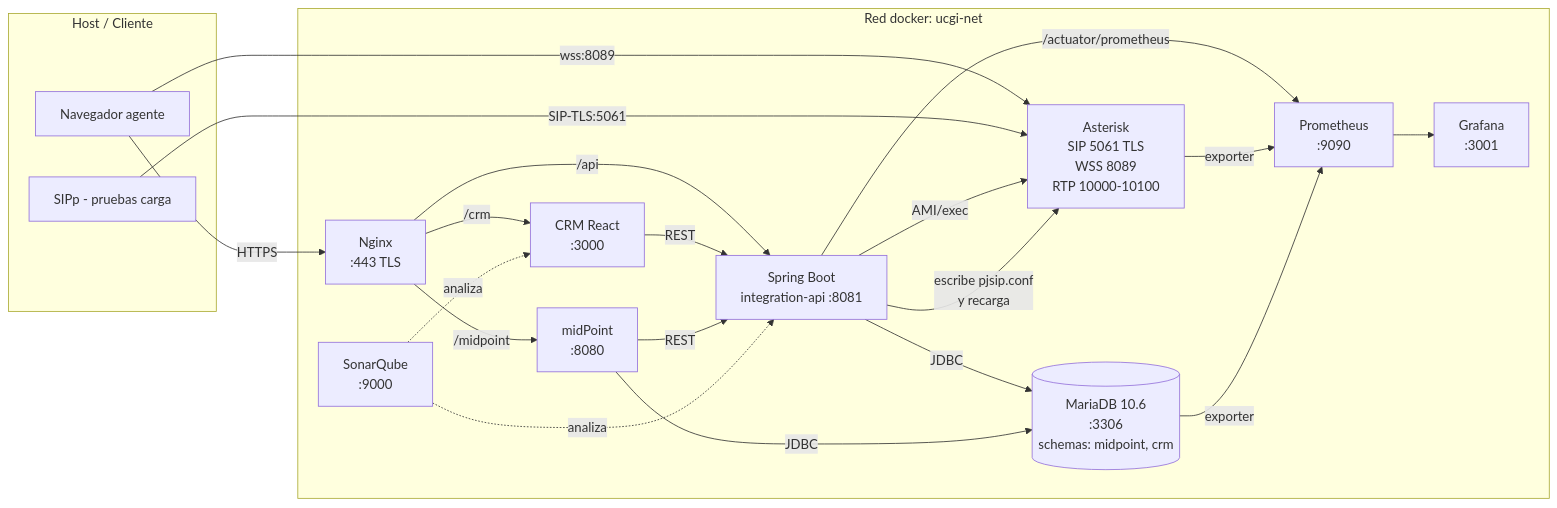
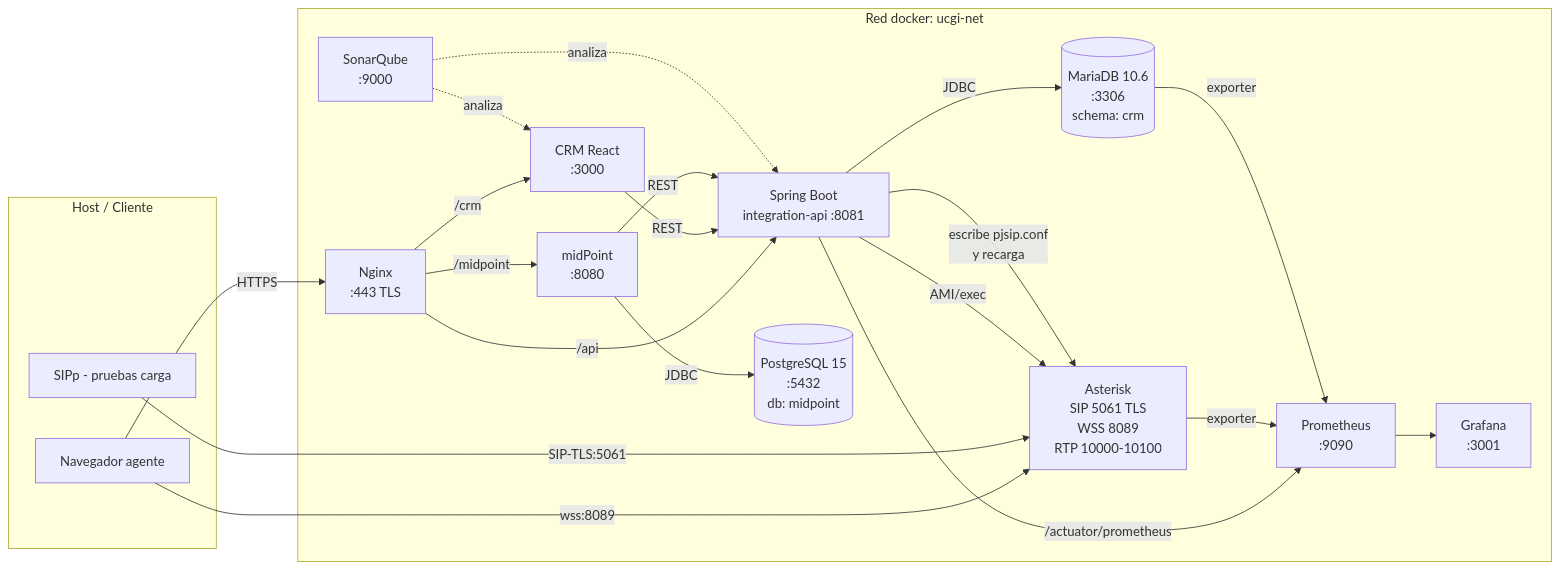
One commit to LOAD-13/Integracion-Infra-UCGI changed the diagram in docs/PLAN.md. Above: the diagram before and after it, drawn with Mermaid. The commit also changed other lines of this file and 4 other files, not shown here.

First line of the commit message:
feat(midpoint): pivote a PostgreSQL dedicado para midPoint (MariaDB drop en imagen oficial) [IUDCYGI-15]

````diff
--- a/docs/PLAN.md
+++ b/docs/PLAN.md
@@ -70,40 +70,41 @@
 ```mermaid
 flowchart LR
     subgraph host[Host / Cliente]
         nav[Navegador agente]
         sipp[SIPp - pruebas carga]
     end
 
     subgraph net[Red docker: ucgi-net]
         nginx[Nginx<br/>:443 TLS]
         crm[CRM React<br/>:3000]
         api[Spring Boot<br/>integration-api :8081]
         mid[midPoint<br/>:8080]
         ast[Asterisk<br/>SIP 5061 TLS<br/>WSS 8089<br/>RTP 10000-10100]
-        db[(MariaDB 10.6<br/>:3306<br/>schemas: midpoint, crm)]
+        db[(MariaDB 10.6<br/>:3306<br/>schema: crm)]
+        mdb[(PostgreSQL 15<br/>:5432<br/>db: midpoint)]
         sonar[SonarQube<br/>:9000]
         prom[Prometheus<br/>:9090]
         graf[Grafana<br/>:3001]
     end
 
     nav -- HTTPS --> nginx
     nginx -- /crm --> crm
     nginx -- /api --> api
     nginx -- /midpoint --> mid
     nav -- wss:8089 --> ast
     sipp -- SIP-TLS:5061 --> ast
 
     crm -- REST --> api
     api -- JDBC --> db
     api -- AMI/exec --> ast
-    mid -- JDBC --> db
+    mid -- JDBC --> mdb
     mid -- REST --> api
     api -- escribe pjsip.conf<br/>y recarga --> ast
 
     api -- /actuator/prometheus --> prom
     ast -- exporter --> prom
     db -- exporter --> prom
     prom --> graf
     sonar -. analiza .-> crm
     sonar -. analiza .-> api
 ```
````
